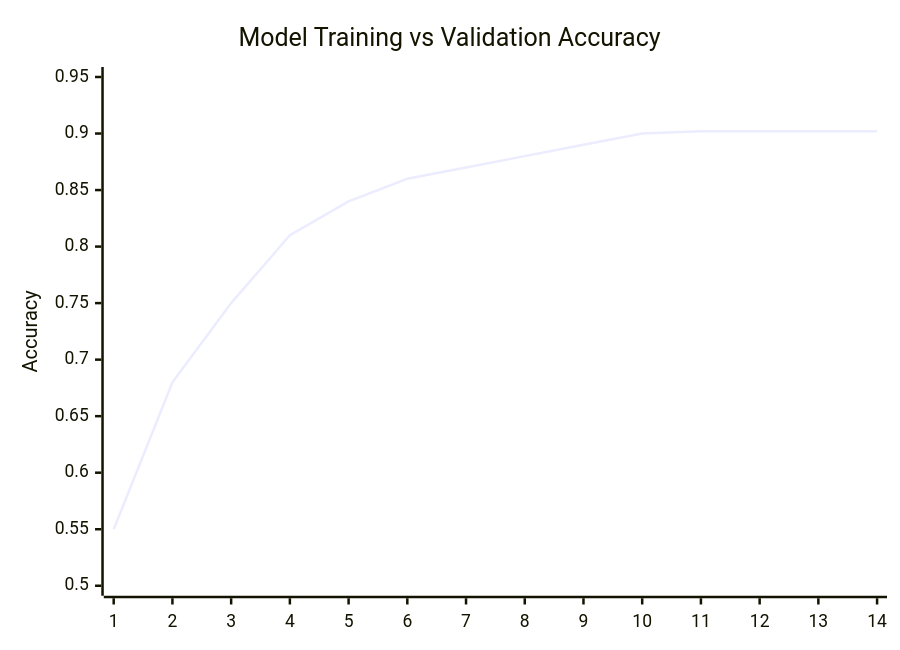
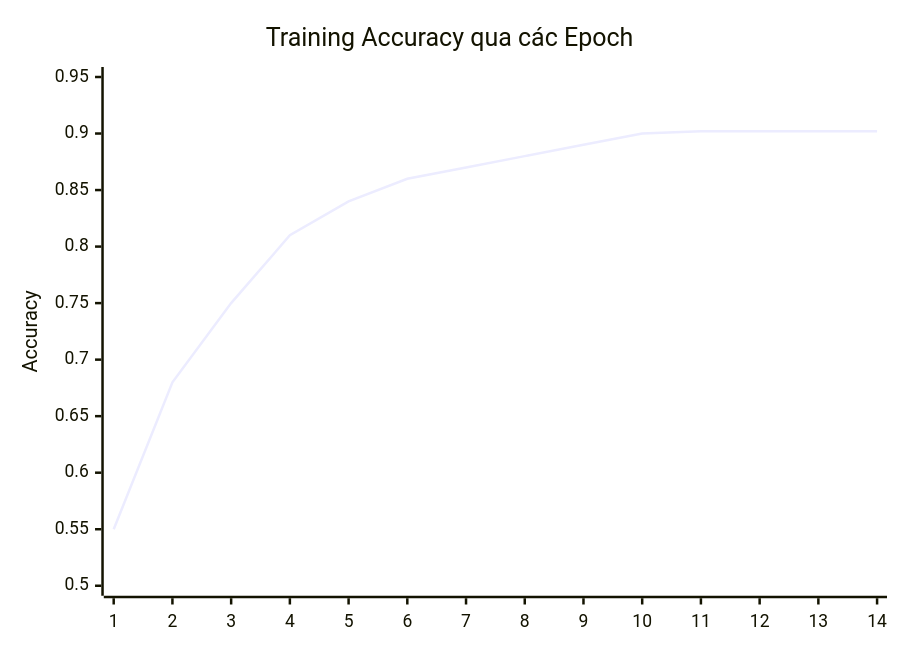
The seventh of 11 diagrams in README.md (DevOpsLogistics/FoodVision-Ai), drawn with Mermaid before and after one commit. The commit also changed other lines of this file, not shown here.

Commit message:
Docs: Fix Vietnamese diacritics, simplify Mermaid diagrams, remove UI implementation details

````diff
--- a/README.md
+++ b/README.md
@@ -364,7 +287,7 @@
 ```mermaid
 xychart-beta
-    title "Model Training vs Validation Accuracy"
+    title "Training Accuracy qua các Epoch"
     x-axis [1, 2, 3, 4, 5, 6, 7, 8, 9, 10, 11, 12, 13, 14]
     y-axis "Accuracy" 0.50 --> 0.95
     line [0.55, 0.68, 0.75, 0.81, 0.84, 0.86, 0.87, 0.88, 0.89, 0.90, 0.902, 0.902, 0.902, 0.902]
 ```
````
